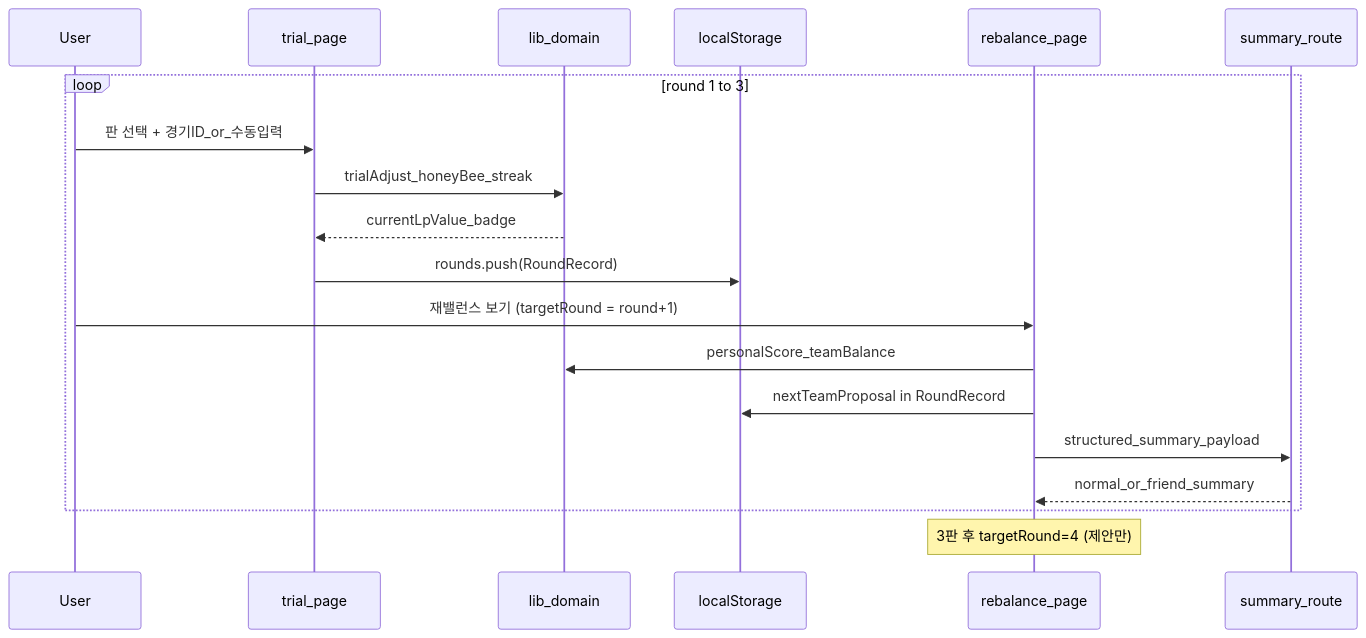
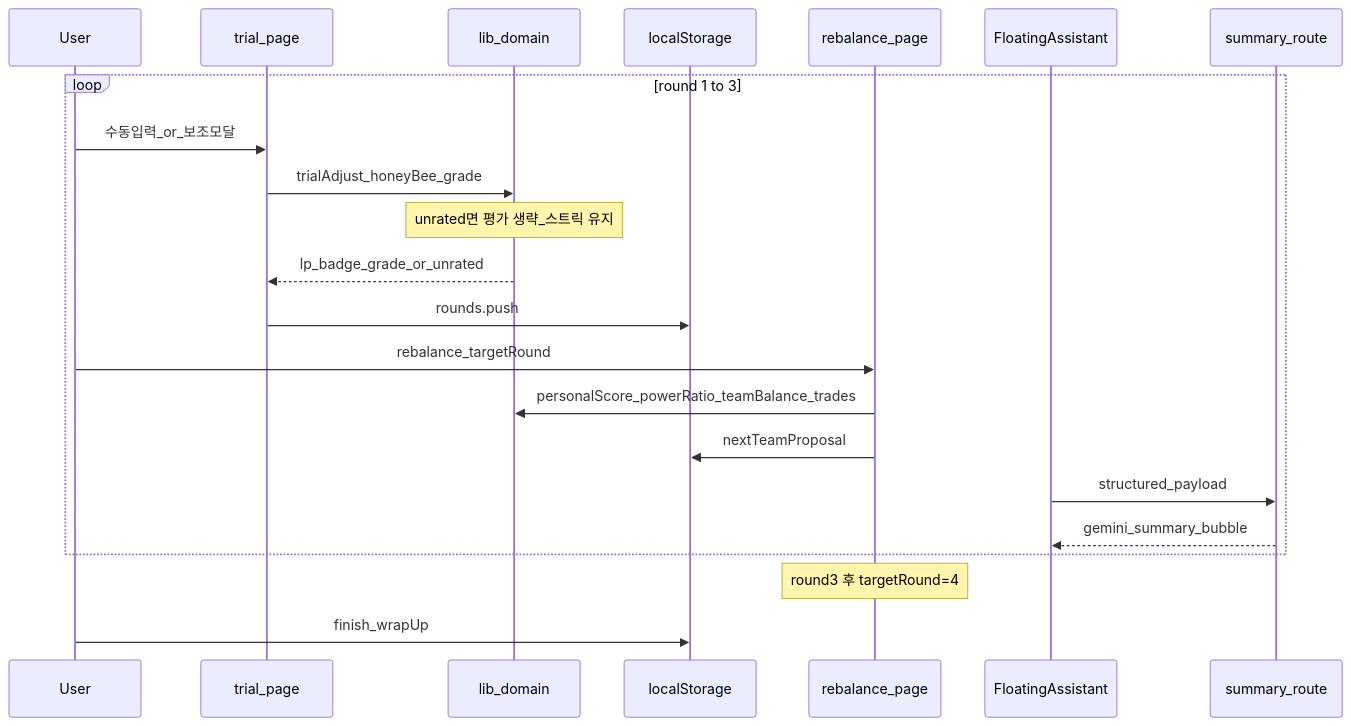
Before and after one commit to yeonsu0224/lol-team-gab: the third of 3 diagrams in documents/implementation-plan.md, drawn with Mermaid. The commit also changed other lines of this file and 159 other files, not shown here.

First line of the commit message:
Complete v2.1 cycle: Riot/Gemini APIs through finish flow

````diff
--- a/documents/implementation-plan.md
+++ b/documents/implementation-plan.md
@@ -373,22 +424,25 @@
 ```mermaid
 sequenceDiagram
   participant U as User
   participant T as trial_page
   participant Dom as lib_domain
   participant LS as localStorage
   participant R as rebalance_page
+  participant AI as FloatingAssistant
   participant S as summary_route
 
   loop round 1 to 3
-    U->>T: 판 선택 + 경기ID_or_수동입력
-    T->>Dom: trialAdjust_honeyBee_streak
-    Dom-->>T: currentLpValue_badge
-    T->>LS: rounds.push(RoundRecord)
-    U->>R: 재밸런스 보기 (targetRound = round+1)
-    R->>Dom: personalScore_teamBalance
-    R->>LS: nextTeamProposal in RoundRecord
-    R->>S: structured_summary_payload
-    S-->>R: normal_or_friend_summary
+    U->>T: 수동입력_or_보조모달
+    T->>Dom: trialAdjust_honeyBee_grade
+    Note over Dom: unrated면 평가 생략_스트릭 유지
+    Dom-->>T: lp_badge_grade_or_unrated
+    T->>LS: rounds.push
+    U->>R: rebalance_targetRound
+    R->>Dom: personalScore_powerRatio_teamBalance_trades
+    R->>LS: nextTeamProposal
+    AI->>S: structured_payload
+    S-->>AI: gemini_summary_bubble
   end
-  Note over R: 3판 후 targetRound=4 (제안만)
+  Note over R: round3 후 targetRound=4
+  U->>LS: finish_wrapUp
 ```
````
